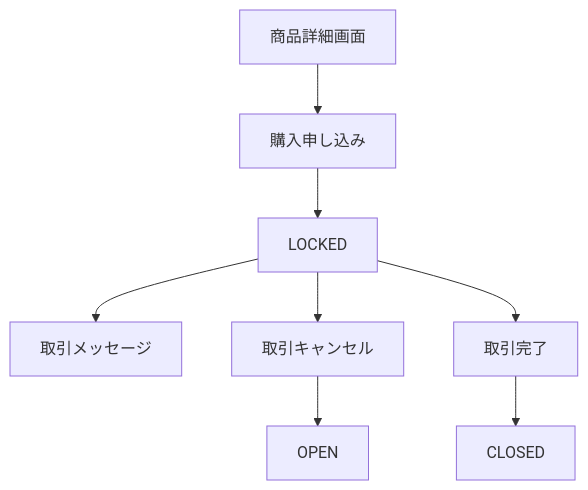
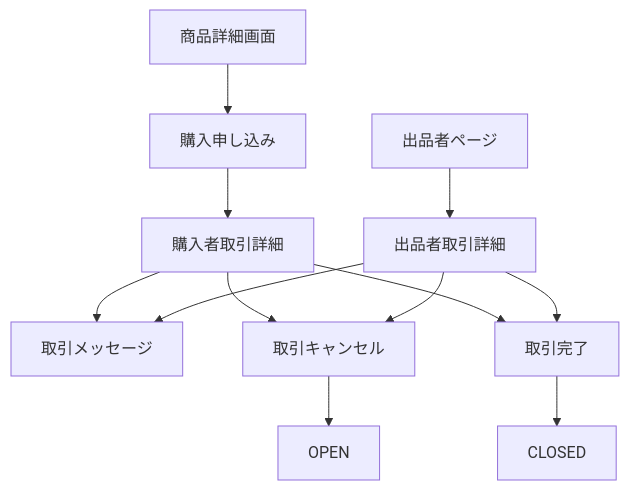
The third of 4 diagrams in docs/screen-url-design.md (natuki53/CampusTrade), drawn with Mermaid before and after one commit. The commit also changed other lines of this file and 4 other files, not shown here.

````diff
--- a/docs/screen-url-design.md
+++ b/docs/screen-url-design.md
@@ -119,10 +130,14 @@
 ```mermaid
 flowchart TD
     A["商品詳細画面"] --> B["購入申し込み"]
-    B --> C["LOCKED"]
+    B --> C["購入者取引詳細"]
+    S["出品者ページ"] --> T["出品者取引詳細"]
     C --> D["取引メッセージ"]
+    T --> D
     C --> E["取引キャンセル"]
+    T --> E
     C --> F["取引完了"]
+    T --> F
     E --> G["OPEN"]
     F --> H["CLOSED"]
 ```
````
